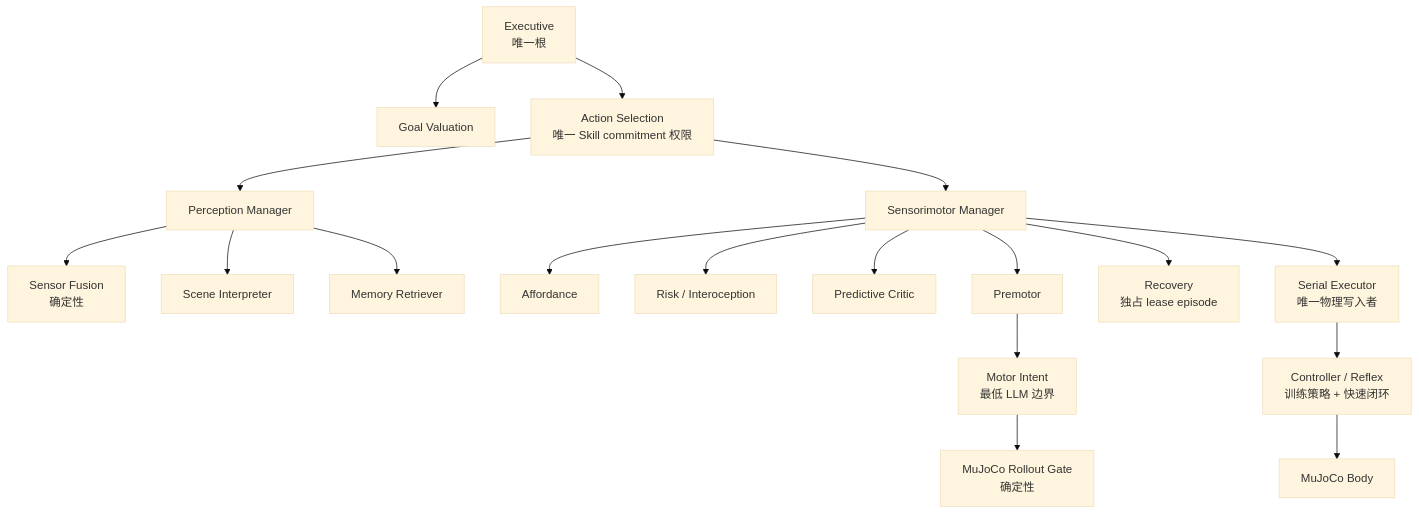
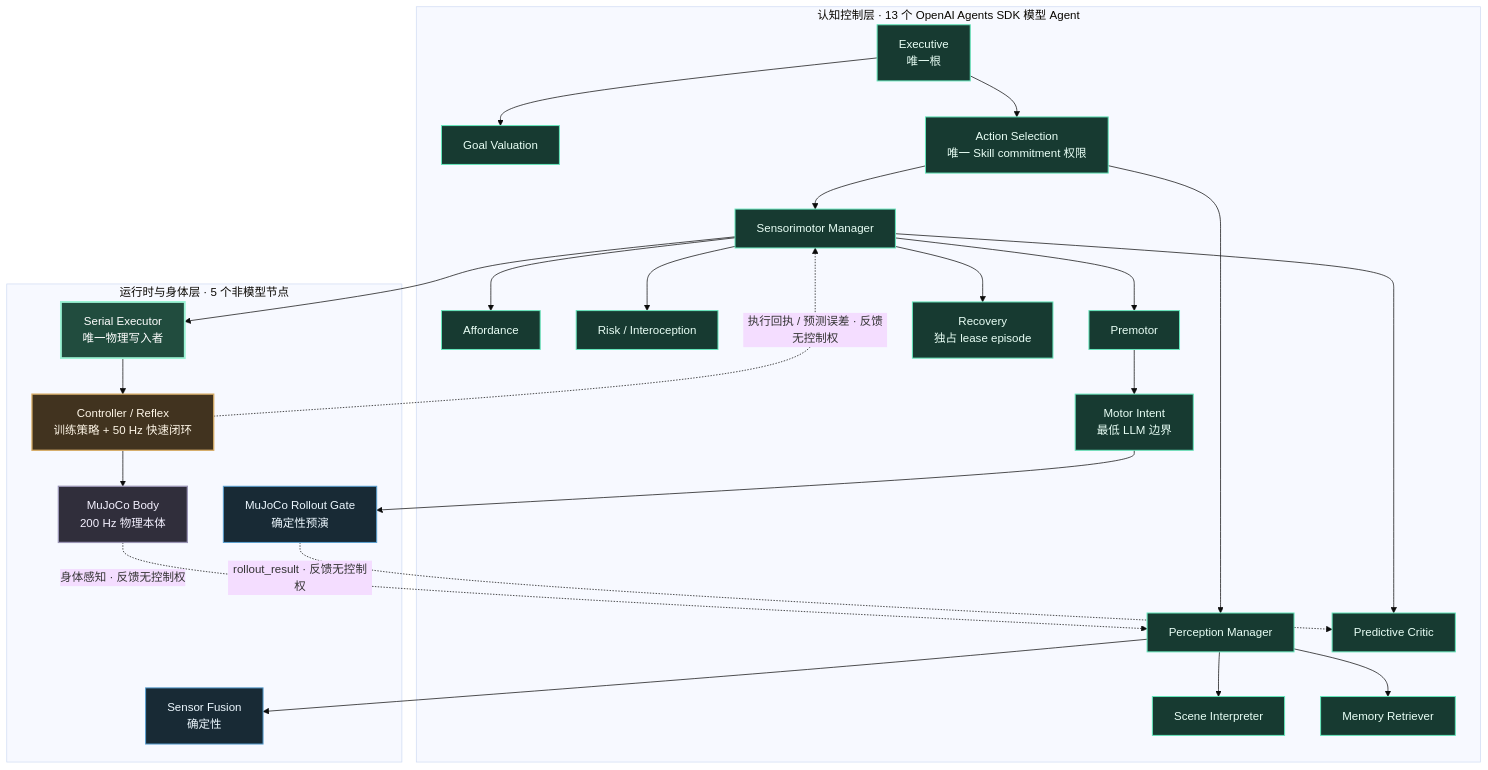
Before and after one commit to multi-zhangyang/hear-3d-robot: the diagram in README.md, drawn with Mermaid (base theme). The commit also changed other lines of this file and 142 other files, not shown here.

````diff
--- a/README.md
+++ b/README.md
@@ -55,20 +61,59 @@
 ```mermaid
-flowchart TD
-    E["Executive<br/>唯一根"] --> G["Goal Valuation"]
-    E --> AS["Action Selection<br/>唯一 Skill commitment 权限"]
-    AS --> P["Perception Manager"]
-    P --> SF["Sensor Fusion<br/>确定性"]
-    P --> SI["Scene Interpreter"]
-    P --> MR["Memory Retriever"]
-    AS --> SM["Sensorimotor Manager"]
-    SM --> AF["Affordance"]
-    SM --> RI["Risk / Interoception"]
-    SM --> PC["Predictive Critic"]
-    SM --> PM["Premotor"]
-    SM --> RC["Recovery<br/>独占 lease episode"]
-    PM --> MI["Motor Intent<br/>最低 LLM 边界"]
-    MI --> RG["MuJoCo Rollout Gate<br/>确定性"]
-    SM --> EX["Serial Executor<br/>唯一物理写入者"]
-    EX --> CR["Controller / Reflex<br/>训练策略 + 快速闭环"]
-    CR --> B["MuJoCo Body"]
+flowchart TB
+    subgraph COG["认知控制层 · 13 个 OpenAI Agents SDK 模型 Agent"]
+        E["Executive<br/>唯一根"]
+        G["Goal Valuation"]
+        AS["Action Selection<br/>唯一 Skill commitment 权限"]
+        P["Perception Manager"]
+        SI["Scene Interpreter"]
+        MR["Memory Retriever"]
+        SM["Sensorimotor Manager"]
+        AF["Affordance"]
+        RI["Risk / Interoception"]
+        PC["Predictive Critic"]
+        PM["Premotor"]
+        MI["Motor Intent<br/>最低 LLM 边界"]
+        RC["Recovery<br/>独占 lease episode"]
+    end
+
+    subgraph RT["运行时与身体层 · 5 个非模型节点"]
+        SF["Sensor Fusion<br/>确定性"]
+        RG["MuJoCo Rollout Gate<br/>确定性预演"]
+        EX["Serial Executor<br/>唯一物理写入者"]
+        CR["Controller / Reflex<br/>训练策略 + 50 Hz 快速闭环"]
+        B["MuJoCo Body<br/>200 Hz 物理本体"]
+    end
+
+    E --> G
+    E --> AS
+    AS --> P
+    P --> SF
+    P --> SI
+    P --> MR
+    AS --> SM
+    SM --> AF
+    SM --> RI
+    SM --> PC
+    SM --> PM
+    SM --> RC
+    PM --> MI
+    MI --> RG
+    SM --> EX
+    EX --> CR
+    CR --> B
+
+    RG -. "rollout_result · 反馈无控制权" .-> PC
+    CR -. "执行回执 / 预测误差 · 反馈无控制权" .-> SM
+    B -. "身体感知 · 反馈无控制权" .-> P
+
+    classDef model fill:#173a31,stroke:#65e6bb,color:#e9fff6,stroke-width:1.4px
+    classDef runtime fill:#182a35,stroke:#5aa0d1,color:#edf8ff,stroke-width:1.4px
+    classDef writer fill:#214c3e,stroke:#9bf3d4,color:#ffffff,stroke-width:2.6px
+    classDef controller fill:#41331f,stroke:#d8ad67,color:#fff7e8,stroke-width:1.8px
+    classDef plant fill:#302e3b,stroke:#9a95b5,color:#f4f1ff,stroke-width:1.8px
+    class E,G,AS,P,SI,MR,SM,AF,RI,PC,PM,MI,RC model
+    class SF,RG runtime
+    class EX writer
+    class CR controller
+    class B plant
 ```
````
